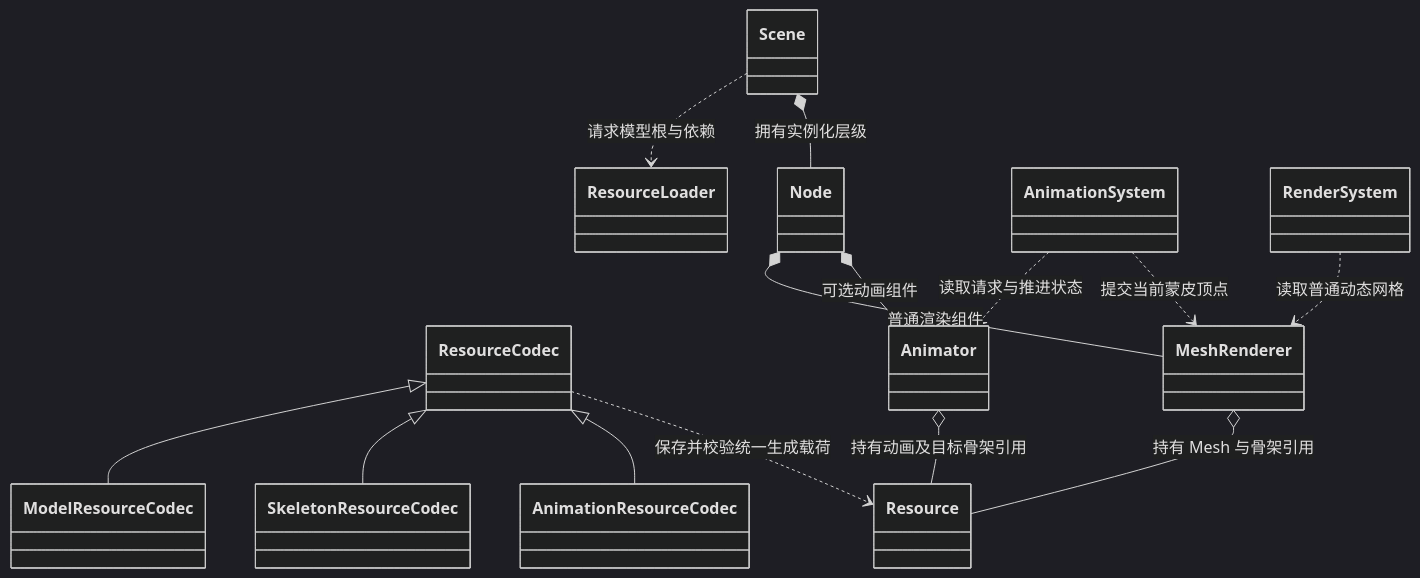
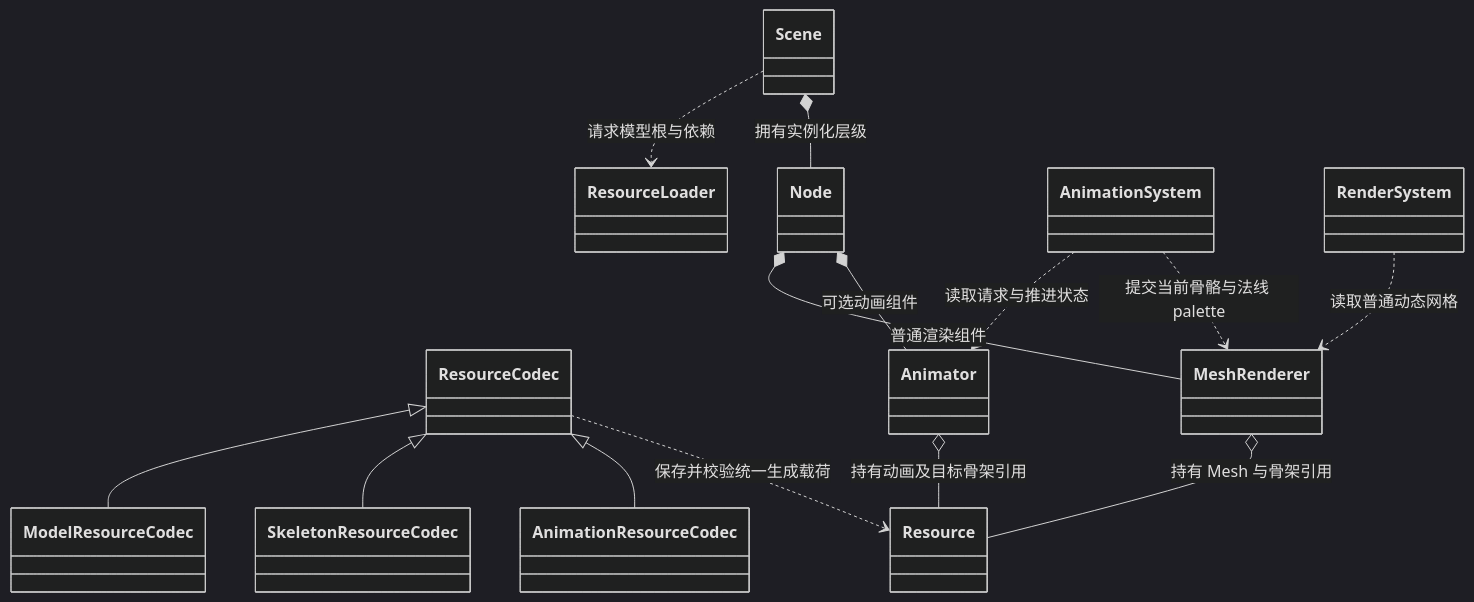
Diagram 35 of 36 in docs/class-diagrams/references.md (lcals/Engine), drawn with Mermaid (dark theme) before and after one commit. The commit also changed other lines of this file and 49 other files, not shown here.

````diff
--- a/docs/class-diagrams/references.md
+++ b/docs/class-diagrams/references.md
@@ -1052,28 +1052,28 @@
 ```mermaid
 classDiagram
     class ResourceCodec
     class ModelResourceCodec
     class SkeletonResourceCodec
     class AnimationResourceCodec
     class Resource
     class ResourceLoader
     class Scene
     class Node
     class MeshRenderer
     class Animator
     class AnimationSystem
     class RenderSystem
     ResourceCodec <|-- ModelResourceCodec
     ResourceCodec <|-- SkeletonResourceCodec
     ResourceCodec <|-- AnimationResourceCodec
     ResourceCodec ..> Resource : 保存并校验统一生成载荷
     Scene ..> ResourceLoader : 请求模型根与依赖
     Scene *-- Node : 拥有实例化层级
     Node *-- MeshRenderer : 普通渲染组件
     Node *-- Animator : 可选动画组件
     MeshRenderer o-- Resource : 持有 Mesh 与骨架引用
     Animator o-- Resource : 持有动画及目标骨架引用
     AnimationSystem ..> Animator : 读取请求与推进状态
-    AnimationSystem ..> MeshRenderer : 提交当前蒙皮顶点
+    AnimationSystem ..> MeshRenderer : 提交当前骨骼与法线 palette
     RenderSystem ..> MeshRenderer : 读取普通动态网格
 ```
````
